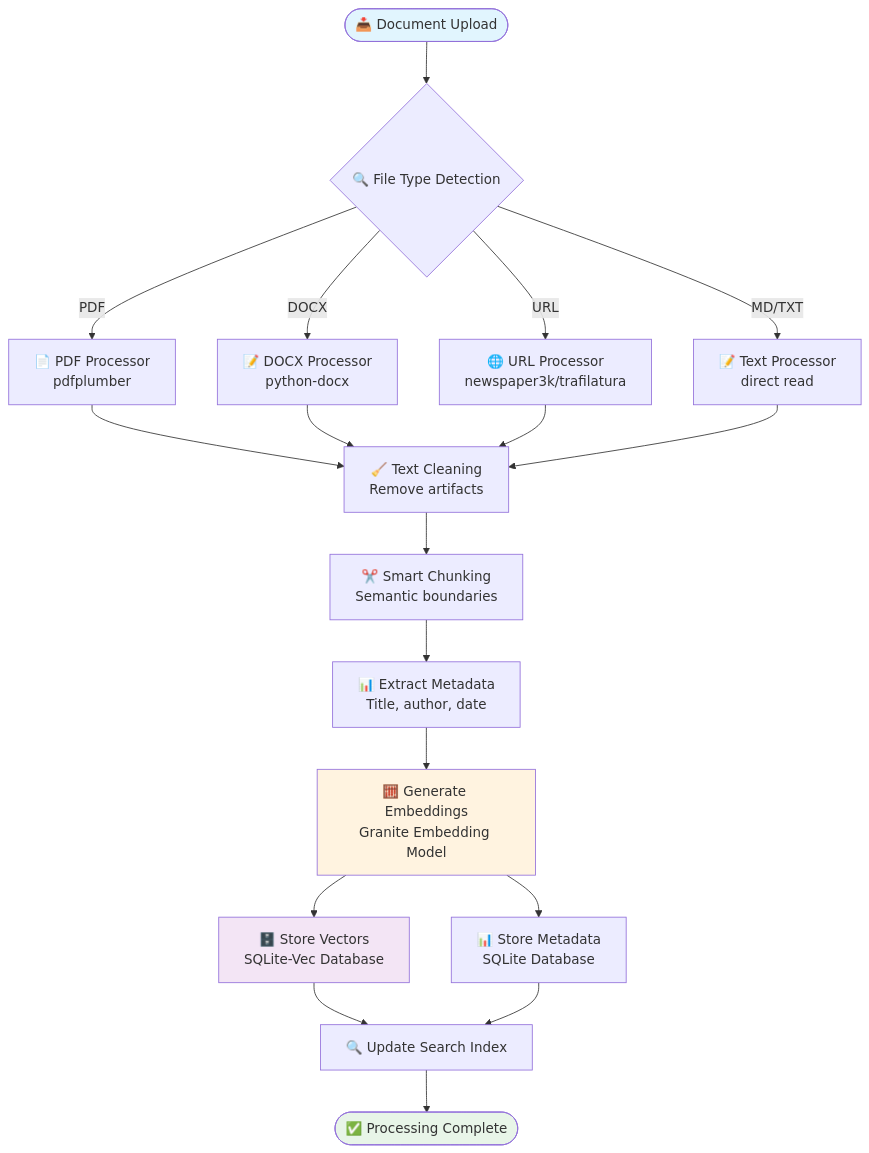
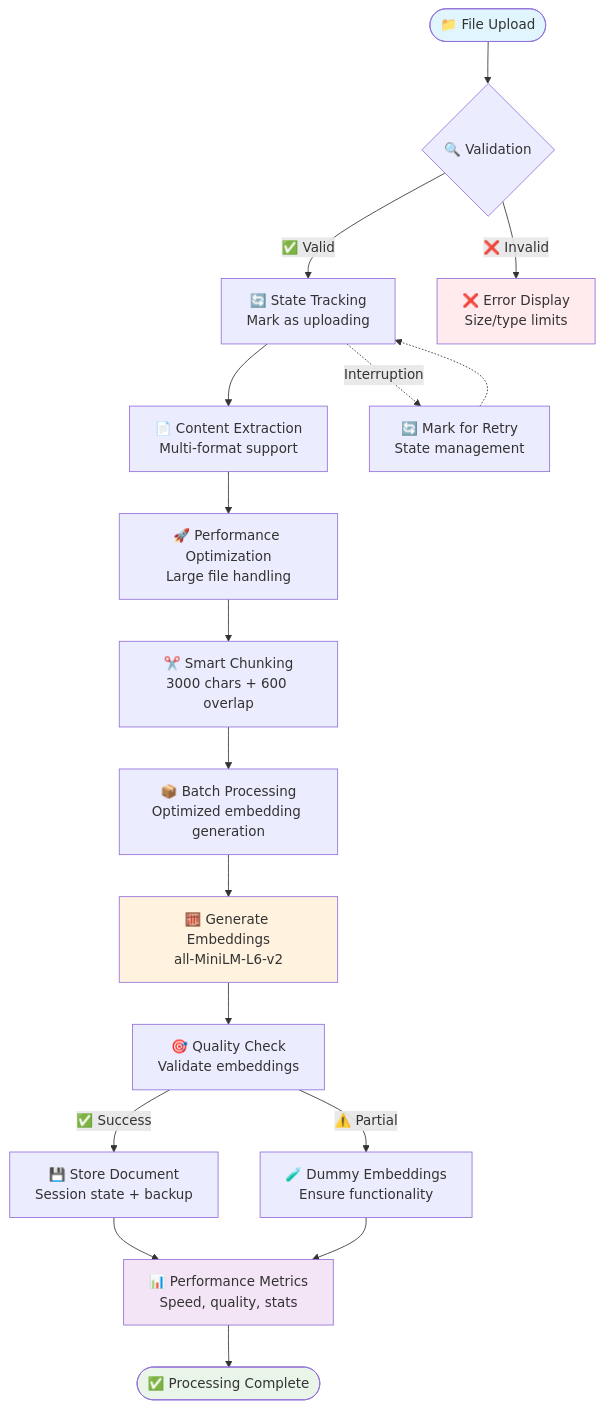
One commit to abhijeet-dhumal/llama-stack-rag changed the third of 5 diagrams in README.md. Above: the diagram before and after it, drawn with Mermaid. The commit also changed other lines of this file and 48 other files, not shown here.

````diff
--- a/README.md
+++ b/README.md
@@ -288,30 +188,32 @@
 ```mermaid
 flowchart TD
-    START([📥 Document Upload]) --> DETECT{🔍 File Type Detection}
+    START([📁 File Upload]) --> VALIDATE{🔍 Validation}
     
-    DETECT -->|PDF| PDF[📄 PDF Processor<br/>pdfplumber]
-    DETECT -->|DOCX| DOCX[📝 DOCX Processor<br/>python-docx]
-    DETECT -->|URL| URL[🌐 URL Processor<br/>newspaper3k/trafilatura]
-    DETECT -->|MD/TXT| TEXT[📝 Text Processor<br/>direct read]
+    VALIDATE -->|✅ Valid| STATE_TRACK[🔄 State Tracking<br/>Mark as uploading]
+    VALIDATE -->|❌ Invalid| ERROR[❌ Error Display<br/>Size/type limits]
     
-    PDF --> CLEAN[🧹 Text Cleaning<br/>Remove artifacts]
-    DOCX --> CLEAN
-    URL --> CLEAN
-    TEXT --> CLEAN
+    STATE_TRACK --> EXTRACT[📄 Content Extraction<br/>Multi-format support]
+    EXTRACT --> OPTIMIZE[🚀 Performance Optimization<br/>Large file handling]
     
-    CLEAN --> CHUNK[✂️ Smart Chunking<br/>Semantic boundaries]
-    CHUNK --> METADATA[📊 Extract Metadata<br/>Title, author, date]
+    OPTIMIZE --> CHUNK[✂️ Smart Chunking<br/>3000 chars + 600 overlap]
+    CHUNK --> BATCH[📦 Batch Processing<br/>Optimized embedding generation]
     
-    METADATA --> EMBED[🧮 Generate Embeddings<br/>Granite Embedding Model]
-    EMBED --> STORE_VEC[🗄️ Store Vectors<br/>SQLite-Vec Database]
-    EMBED --> STORE_META[📊 Store Metadata<br/>SQLite Database]
+    BATCH --> EMBED[🧮 Generate Embeddings<br/>all-MiniLM-L6-v2]
+    EMBED --> QUALITY[🎯 Quality Check<br/>Validate embeddings]
     
-    STORE_VEC --> INDEX[🔍 Update Search Index]
-    STORE_META --> INDEX
-    INDEX --> COMPLETE([✅ Processing Complete])
+    QUALITY -->|✅ Success| STORE[💾 Store Document<br/>Session state + backup]
+    QUALITY -->|⚠️ Partial| FALLBACK[🧪 Dummy Embeddings<br/>Ensure functionality]
+    
+    STORE --> METRICS[📊 Performance Metrics<br/>Speed, quality, stats]
+    FALLBACK --> METRICS
+    METRICS --> COMPLETE([✅ Processing Complete])
+    
+    STATE_TRACK -.->|Interruption| RETRY[🔄 Mark for Retry<br/>State management]
+    RETRY -.-> STATE_TRACK
     
     style START fill:#e1f5fe
     style COMPLETE fill:#e8f5e8
     style EMBED fill:#fff3e0
-    style STORE_VEC fill:#f3e5f5
+    style METRICS fill:#f3e5f5
+    style ERROR fill:#ffebee
 ```
````
